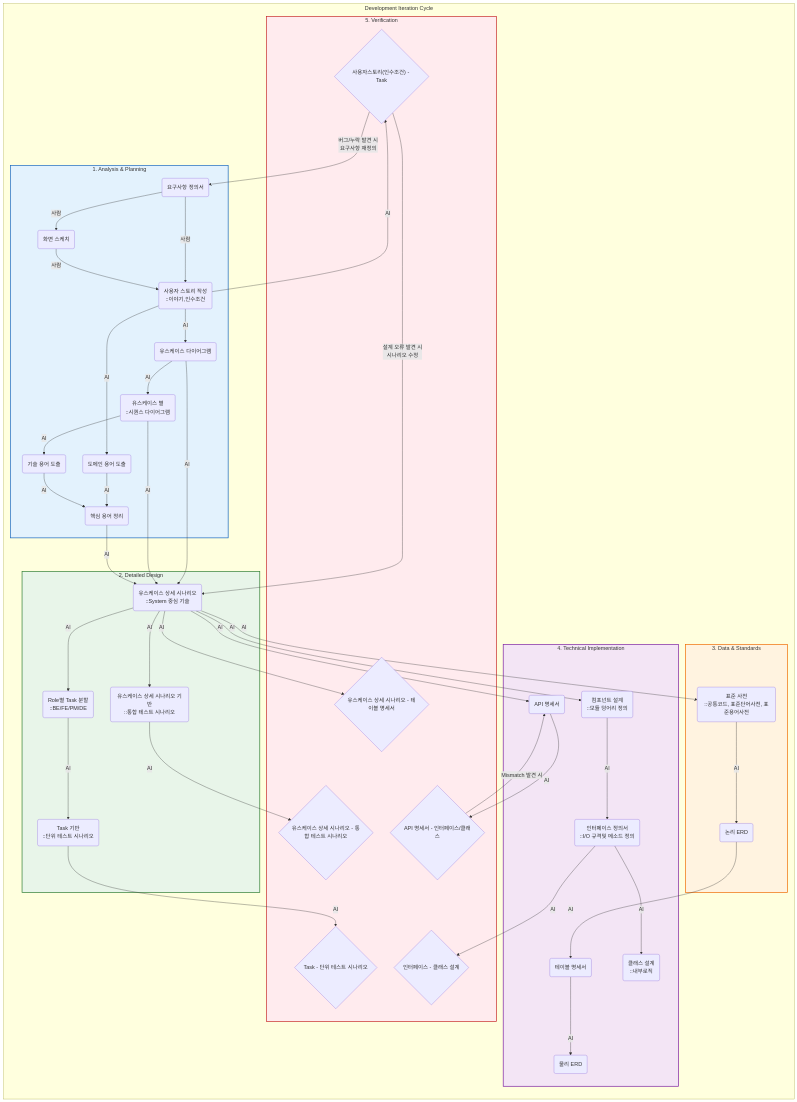
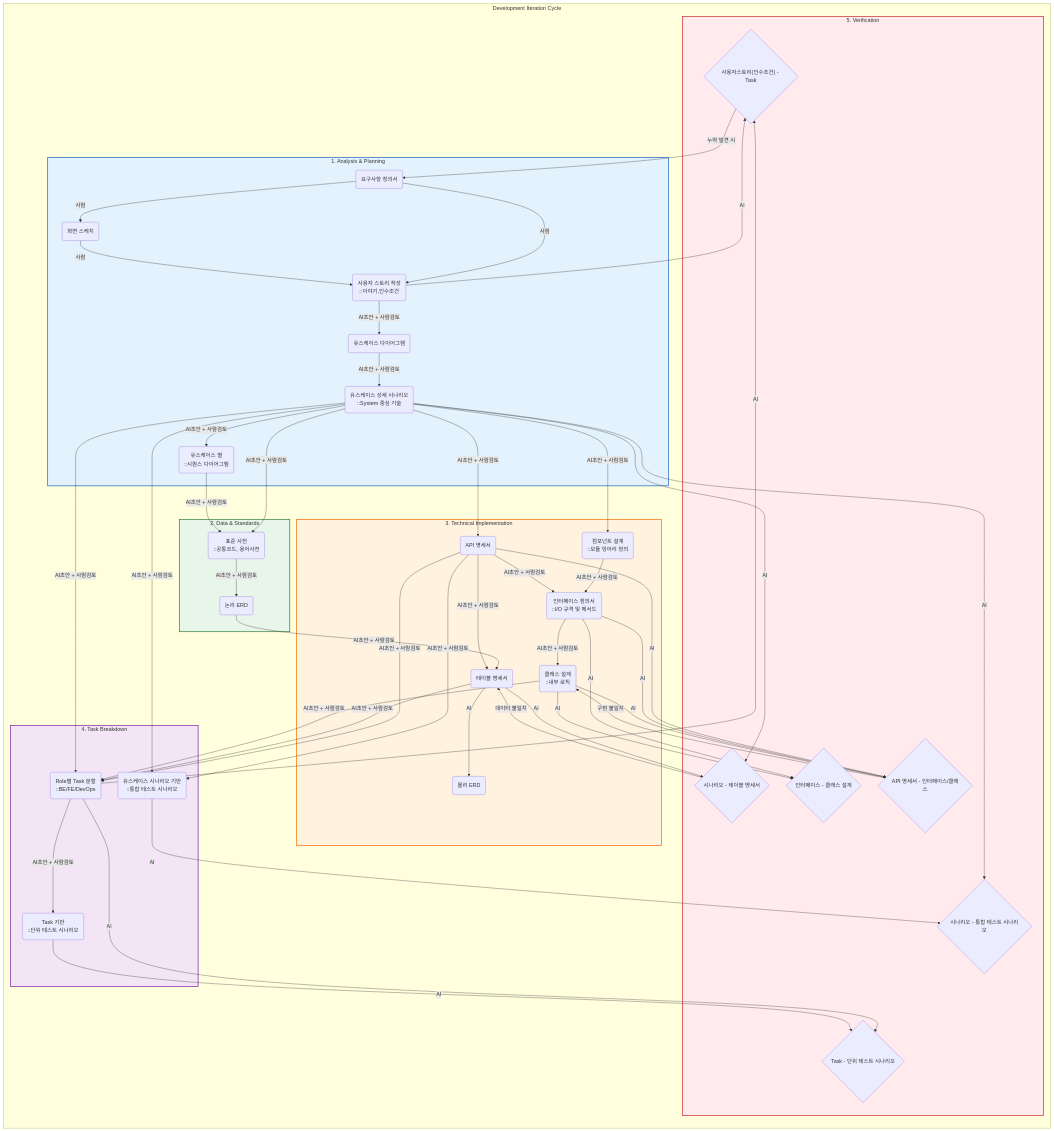
Before and after one commit to thanksLee/vitamin-monorepo: the first of 2 diagrams in documents/README.md, drawn with Mermaid.

````diff
--- a/documents/README.md
+++ b/documents/README.md
@@ -20,72 +20,80 @@
     subgraph Loop [Development Iteration Cycle]
         direction TB
         
-        %% Phase 1: 기획 및 분석
+        %% Phase 1: 기획 및 분석 (Analysis & Planning)
         subgraph P1 [1. Analysis & Planning]
             P1A(요구사항 정의서) -- "사람" --> P1X(화면 스케치)
-            %% 사용자 스토리 : 
-            %% - 이야기 (누가-역할, 무엇을-기능, 왜-가치/목적) 
-            %% - 인수조건 (기능이 구체적으로 어떻게 동작해야 하는지, 제약사항은 무엇인지 기술.)
+            
+            %% 사용자 스토리 & 유스케이스
             P1A & P1X -- "사람" --> P1B(사용자 스토리 작성<br/>::이야기,인수조건)
-            P1B -- "AI" --> P1C(유스케이스 다이어그램)
-            %% 유스케이스별 시퀀스 다이어그램
-            P1C -- "AI" --> P1D(유스케이스 별<br/>::시퀀스 다이어그램)
-            P1B -- "AI" --> P1E(도메인 용어 도출)
-            P1D -- "AI" --> P1F(기술 용어 도출)
-            P1E & P1F -- "AI" --> P1G(핵심 용어 정리)
+            P1B -- "AI초안 + 사람검토" --> P1C(유스케이스 다이어그램)
+            
+            %% 상세 시나리오 (설계의 앵커)
+            P1C -- "AI초안 + 사람검토" --> P1D(유스케이스 상세 시나리오<br/>::System 중심 기술)
+            
+            %% 시퀀스 다이어그램
+            P1D -- "AI초안 + 사람검토" --> P1E(유스케이스 별<br/>::시퀀스 다이어그램)
         end
 
-        %% Phase 2: 상세 설계
-        subgraph P2 [2. Detailed Design]
-            %% 사용자 스토리: 인수조건 + 시퀀스 다이어그램 + 핵심 용어
-            P1C & P1D & P1G -- "AI" --> P2A(유스케이스 상세 시나리오<br/>::System 중심 기술)
-            %% BE: Backend, FE: Frontend, PM: Project Manager, DE: Designer
-            P2A -- "AI" --> P2B(Role별 Task 분할<br/>::BE/FE/PM/DE)
-            P2B -- "AI" --> P2C(Task 기반<br/>::단위 테스트 시나리오)
+        %% Phase 2: 데이터 및 표준 (Data & Standards)
+        subgraph P2 [2. Data & Standards]
+            P1D & P1E -- "AI초안 + 사람검토" --> P2A(표준 사전<br/>::공통코드, 용어사전)
+            P2A -- "AI초안 + 사람검토" --> P2B(논리 ERD)
+        end
 
-            %% QA/PM 영역
-            P2A -- "AI" --> P2D(유스케이스 상세 시나리오 기반<br/>::통합 테스트 시나리오)
+        %% Phase 3: 기술 구현 설계 (Technical Design)
+        subgraph P3 [3. Technical Implementation]
+            %% 외부 인터페이스
+            P1D -- "AI초안 + 사람검토" --> P3A(API 명세서)
+
+            %% DB 물리 설계
+            P2B & P3A -- "AI초안 + 사람검토" --> P3B(테이블 명세서)
+            P3B -- "AI" --> P3C(물리 ERD)
+            
+            %% 내부 구조 설계 (Top-Down)
+            P1D -- "AI초안 + 사람검토" --> P3D(컴포넌트 설계<br/>::모듈 덩어리 정의)
+            P3D & P3A -- "AI초안 + 사람검토" --> P3F(인터페이스 정의서<br/>::I/O 규격 및 메서드)
+            P3F -- "AI초안 + 사람검토" --> P3E(클래스 설계<br/>::내부 로직)
+        end
+
+        %% Phase 4: 구현 준비 및 태스크 (Implementation Prep)
+        subgraph P4 [4. Task Breakdown]
+            %% 설계가 다 끝난 후 Task 분할 (입력값: 시나리오, API, 테이블, 클래스)
+            P1D & P3A & P3B & P3E -- "AI초안 + 사람검토" --> P4A(Role별 Task 분할<br/>::BE/FE/DevOps)
+            P4A -- "AI초안 + 사람검토" --> P4B(Task 기반<br/>::단위 테스트 시나리오)
+
+            %% QA 통합 테스트 설계
+            P1D & P3A -- "AI초안 + 사람검토" --> P4D(유스케이스 시나리오 기반<br/>::통합 테스트 시나리오)
         end 
 
-        %% Phase 3: 데이터 및 표준 (Bridge)
-        subgraph P3 [3. Data & Standards]
-            P2A -- "AI" --> P3A(표준 사전<br/>::공통코드, 표준단어사전, 표준용어사전)
-            P3A -- "AI" --> P3B(논리 ERD)
+        %% Phase 5: 검증 및 피드백 (Verification)
+        subgraph P5 [5. Verification]
+            %% 기획 정합성
+            P1B & P4A -- "AI" --> P5A{"사용자스토리(인수조건) - Task"}
+            %% 테스트 커버리지
+            P4A & P4B -- "AI" --> P5B{"Task - 단위 테스트 시나리오"}
+            %% 데이터 정합성
+            P1D & P3B -- "AI" --> P5C{"시나리오 - 테이블 명세서"}
+            %% 기능 완결성
+            P1D & P4D -- "AI" --> P5D{"시나리오 - 통합 테스트 시나리오"}
+            
+            %% 설계 준수 여부 (내부)
+            P3F & P3E -- "AI" --> P5E{"인터페이스 - 클래스 설계"}
+            %% API 계약 준수 여부 (외부)
+            P3A & P3F & P3E -- "AI" --> P5F{"API 명세서 - 인터페이스/클래스"}
         end
 
-        %% Phase 4: 기술 구현 설계
-        subgraph P4 [4. Technical Implementation]
-            P2A -- "AI" --> P4A(API 명세서)
-            %% 데이터 설계
-            P3B -- "AI" --> P4B(테이블 명세서)
-            P4B -- "AI" --> P4C(물리 ERD)
-            %% 시나리오 -> 컴포넌트(덩어리) -> 인터페이스(약속) -> 클래스(구현)
-            P2A -- "AI" --> P4D(컴포넌트 설계<br/>::모듈 덩어리 정의)
-            P4D -- "AI" --> P4F(인터페이스 정의서<br/>::I/O 규격및 메소드 정의)
-            P4F -- "AI" --> P4E(클래스 설계<br/>::내부로직)
-        end
-
-        %% Phase 5: 검증 및 피드백
-        subgraph P5 [5. Verification]
-            P1B -- "AI" --> P5A{"사용자스토리(인수조건) - Task"}
-            P2C -- "AI" --> P5B{"Task - 단위 테스트 시나리오"}
-            P2A -- "AI" --> P5C{"유스케이스 상세 시나리오 - 테이블 명세서"}
-            P2D -- "AI" --> P5D{"유스케이스 상세 시나리오 - 통합 테스트 시나리오"}
-            %% 클래스가 인터페이스(설계)대로 구현되었는지 확인
-            P4F -- "AI" --> P5E{"인터페이스 - 클래스 설계"}
-            P4A -- "AI" --> P5F{"API 명세서 - 인터페이스/클래스"}
-        end
     end
 
-    %% 연결 및 순환 고리
+    %% 스타일 적용
     P1:::phase1
     P2:::phase2
     P3:::phase3
     P4:::phase4
     P5:::phase5
 
-    %% 순환 피드백 (Feedback Loop)
-    P5A -- "버그/누락 발견 시<br/>요구사항 재정의" --> P1A
-    P5A -- "설계 오류 발견 시<br/>시나리오 수정" --> P2A
-    P5F -- "Mismatch 발견 시" --> P4A
+    %% 피드백 루프 (Feedback Loop)
+    P5A -- "누락 발견 시" --> P1A
+    P5C -- "데이터 불일치" --> P3B
+    P5F -- "구현 불일치" --> P3E
 ```
````
